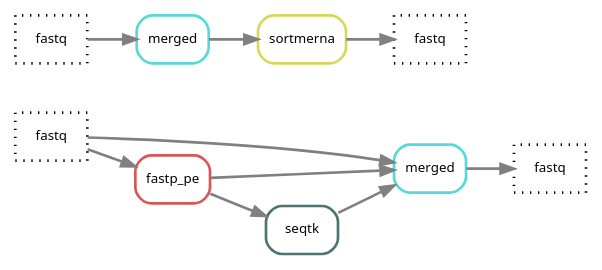
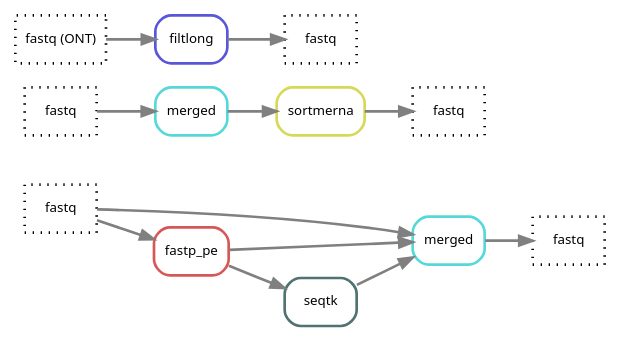
The diagram in docs/images/all.dot (hydra-genetics/prealignment), drawn with Graphviz before and after one commit. The commit also changed 4 other files, not shown here.

First line of the commit message:
docs: add filtlong to rule graphs and fix ONT output path

```diff
--- a/docs/images/all.dot
+++ b/docs/images/all.dot
@@ -1,24 +1,29 @@
 digraph snakemake_dag {
 	rankdir=LR;
     graph[bgcolor=white, margin=0];
     node[shape=box, style=rounded, fontname=sans,                 fontsize=10, penwidth=2];
     edge[penwidth=2, color=grey];
 	0[label = "fastq", color = "0.0 0.0 0.0", style="dotted"];
 	20[label = "fastq", color = "0.0 0.0 0.0", style="dotted"];
 	10[label = "fastq", color = "0.0 0.0 0.0", style="dotted"];
 	11[label = "fastq", color = "0.0 0.0 0.0", style="dotted"];
 	1[label = "merged", color = "0.50 0.6 0.85", style="rounded"];
 	21[label = "merged", color = "0.50 0.6 0.85", style="rounded"];
 	2[label = "fastp_pe", color = "0.00 0.6 0.85", style="rounded"];
 	4[label = "seqtk", color = "0.50 0.3 0.45", style="rounded"];
 	3[label = "sortmerna", color = "0.17 0.6 0.85", style="rounded"];
+	30[label = "fastq (ONT)", color = "0.0 0.0 0.0", style="dotted"];
+	31[label = "fastq", color = "0.0 0.0 0.0", style="dotted"];
+	5[label = "filtlong", color = "0.67 0.6 0.85", style="rounded"];
 	0 -> 2
 	0 -> 1
 	2 -> 1
 	2 -> 4
 	4 -> 1
 	1 -> 10
 	20 -> 21
 	21 -> 3
 	3 -> 11
+	30 -> 5
+	5 -> 31
 }   
```
